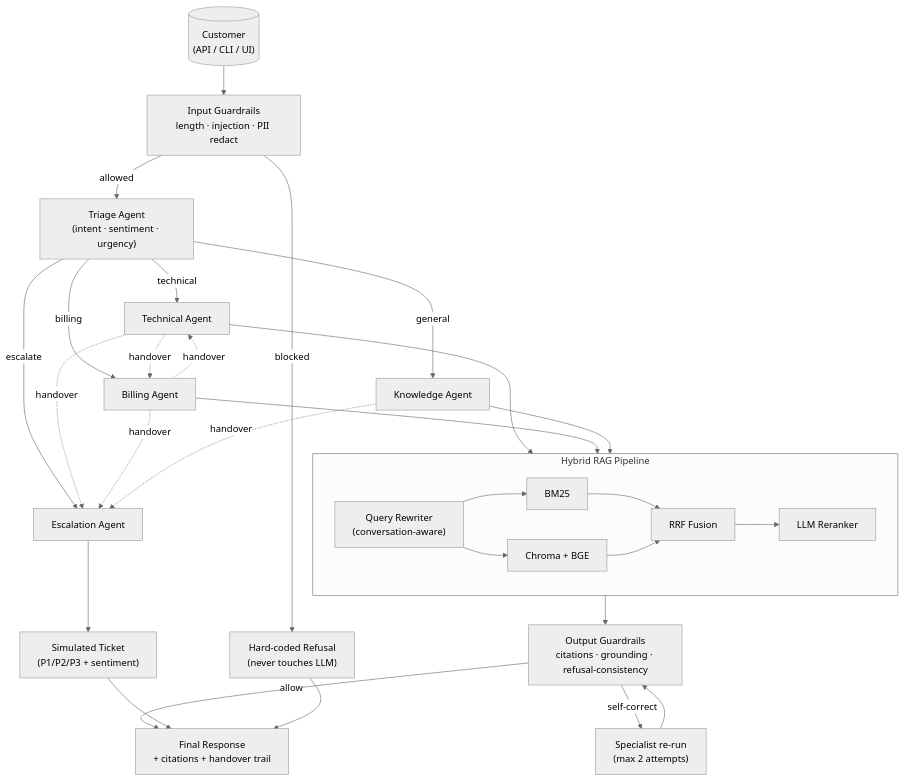
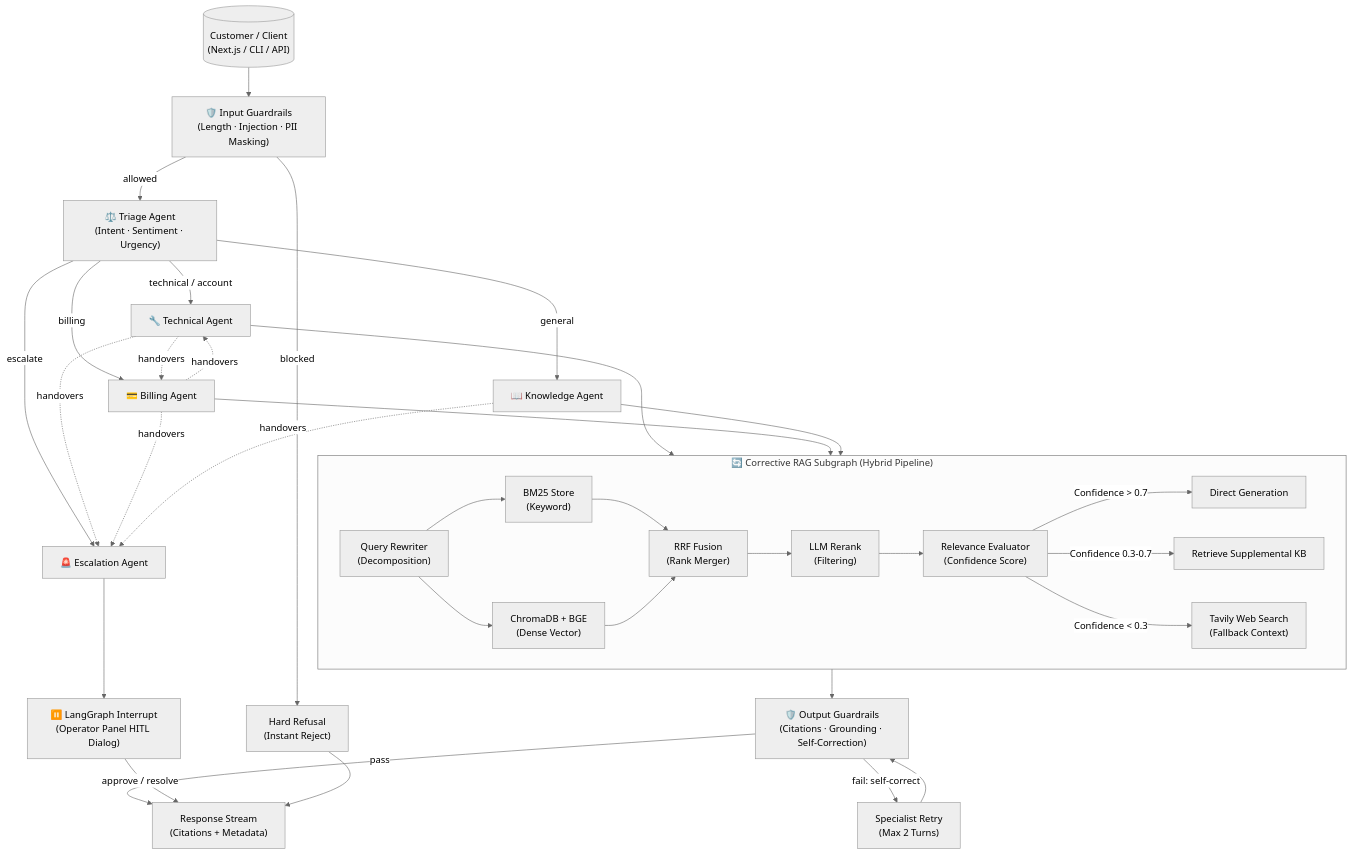
One commit to mohanganesh3/clouddash changed the diagram in README.md. Above: the diagram before and after it, drawn with Mermaid (neutral theme). The commit also changed other lines of this file and 1 other file, not shown here.

````diff
--- a/README.md
+++ b/README.md
@@ -102,39 +25,43 @@
 ```mermaid
 flowchart TB
-    User[("Customer<br/>(API / CLI / UI)")] --> InGuard["Input Guardrails<br/>length · injection · PII redact"]
-    InGuard -->|blocked| Refuse["Hard-coded Refusal<br/>(never touches LLM)"]
-    InGuard -->|allowed| Triage["Triage Agent<br/>(intent · sentiment · urgency)"]
+    User[("Customer / Client<br/>(Next.js / CLI / API)")] --> InGuard["🛡️ Input Guardrails<br/>(Length · Injection · PII Masking)"]
+    InGuard -->|blocked| Refuse["Hard Refusal<br/>(Instant Reject)"]
+    InGuard -->|allowed| Triage["⚖️ Triage Agent<br/>(Intent · Sentiment · Urgency)"]
 
-    Triage -->|technical| Technical["Technical Agent"]
-    Triage -->|billing| Billing["Billing Agent"]
-    Triage -->|general| Knowledge["Knowledge Agent"]
-    Triage -->|escalate| Escalation["Escalation Agent"]
+    Triage -->|technical / account| Technical["🔧 Technical Agent"]
+    Triage -->|billing| Billing["💳 Billing Agent"]
+    Triage -->|general| Knowledge["📖 Knowledge Agent"]
+    Triage -->|escalate| Escalation["🚨 Escalation Agent"]
 
-    subgraph RAG["Hybrid RAG Pipeline"]
-        QR["Query Rewriter<br/>(conversation-aware)"]
-        BM25["BM25"]
-        Dense["Chroma + BGE"]
-        RRF["RRF Fusion"]
-        Rerank["LLM Reranker"]
-        QR --> BM25 & Dense --> RRF --> Rerank
+    subgraph CRAG["🔄 Corrective RAG Subgraph (Hybrid Pipeline)"]
+        QR["Query Rewriter<br/>(Decomposition)"]
+        BM25["BM25 Store<br/>(Keyword)"]
+        Dense["ChromaDB + BGE<br/>(Dense Vector)"]
+        RRF["RRF Fusion<br/>(Rank Merger)"]
+        Rerank["LLM Rerank<br/>(Filtering)"]
+        Eval["Relevance Evaluator<br/>(Confidence Score)"]
+        Tavily["Tavily Web Search<br/>(Fallback Context)"]
+        
+        QR --> BM25 & Dense --> RRF --> Rerank --> Eval
+        Eval -->|Confidence > 0.7| Direct[Direct Generation]
+        Eval -->|Confidence 0.3-0.7| Supplement[Retrieve Supplemental KB]
+        Eval -->|Confidence < 0.3| Tavily
     end
 
-    Technical --> RAG
-    Billing --> RAG
-    Knowledge --> RAG
+    Technical --> CRAG
+    Billing --> CRAG
+    Knowledge --> CRAG
 
-    Technical -.handover.-> Billing
-    Technical -.handover.-> Escalation
-    Billing -.handover.-> Technical
-    Billing -.handover.-> Escalation
-    Knowledge -.handover.-> Escalation
+    Technical -. handovers .-> Billing & Escalation
+    Billing -. handovers .-> Technical & Escalation
+    Knowledge -. handovers .-> Escalation
 
-    RAG --> OutGuard["Output Guardrails<br/>citations · grounding · refusal-consistency"]
-    OutGuard -->|self-correct| Specialist["Specialist re-run<br/>(max 2 attempts)"]
+    CRAG --> OutGuard["🛡️ Output Guardrails<br/>(Citations · Grounding · Self-Correction)"]
+    OutGuard -->|fail: self-correct| Specialist["Specialist Retry<br/>(Max 2 Turns)"]
     Specialist --> OutGuard
-    OutGuard -->|allow| Response["Final Response<br/>+ citations + handover trail"]
+    OutGuard -->|pass| Response["Response Stream<br/>(Citations + Metadata)"]
 
-    Escalation --> Ticket["Simulated Ticket<br/>(P1/P2/P3 + sentiment)"]
-    Ticket --> Response
+    Escalation --> HITL["⏸️ LangGraph Interrupt<br/>(Operator Panel HITL Dialog)"]
+    HITL -->|approve / resolve| Response
     Refuse --> Response
 ```
````
